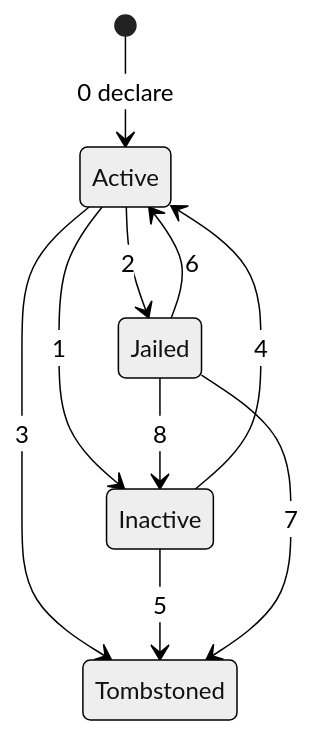
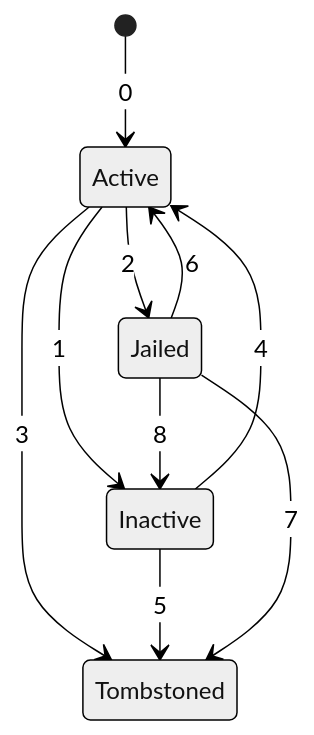
Before and after one commit to freedomofpress/webcat-docs: the diagram in webcat-documentation/src/architecture/enrollment-infrastructure/validator-status-tracking.md, drawn with Mermaid (neutral theme). The commit also changed other lines of this file, not shown here.

````diff
--- a/webcat-documentation/src/architecture/enrollment-infrastructure/validator-status-tracking.md
+++ b/webcat-documentation/src/architecture/enrollment-infrastructure/validator-status-tracking.md
@@ -27,15 +27,15 @@
 ```mermaid
 stateDiagram-v2
-    [*] --> Active: 0 declare
+    [*] --> Active: 0
 
     Active --> Inactive   : 1
     Active --> Jailed     : 2
     Active --> Tombstoned : 3
 
     Inactive --> Active     : 4
     Inactive --> Tombstoned : 5
 
     Jailed --> Active     : 6
     Jailed --> Tombstoned : 7
     Jailed --> Inactive   : 8
 ```
````
